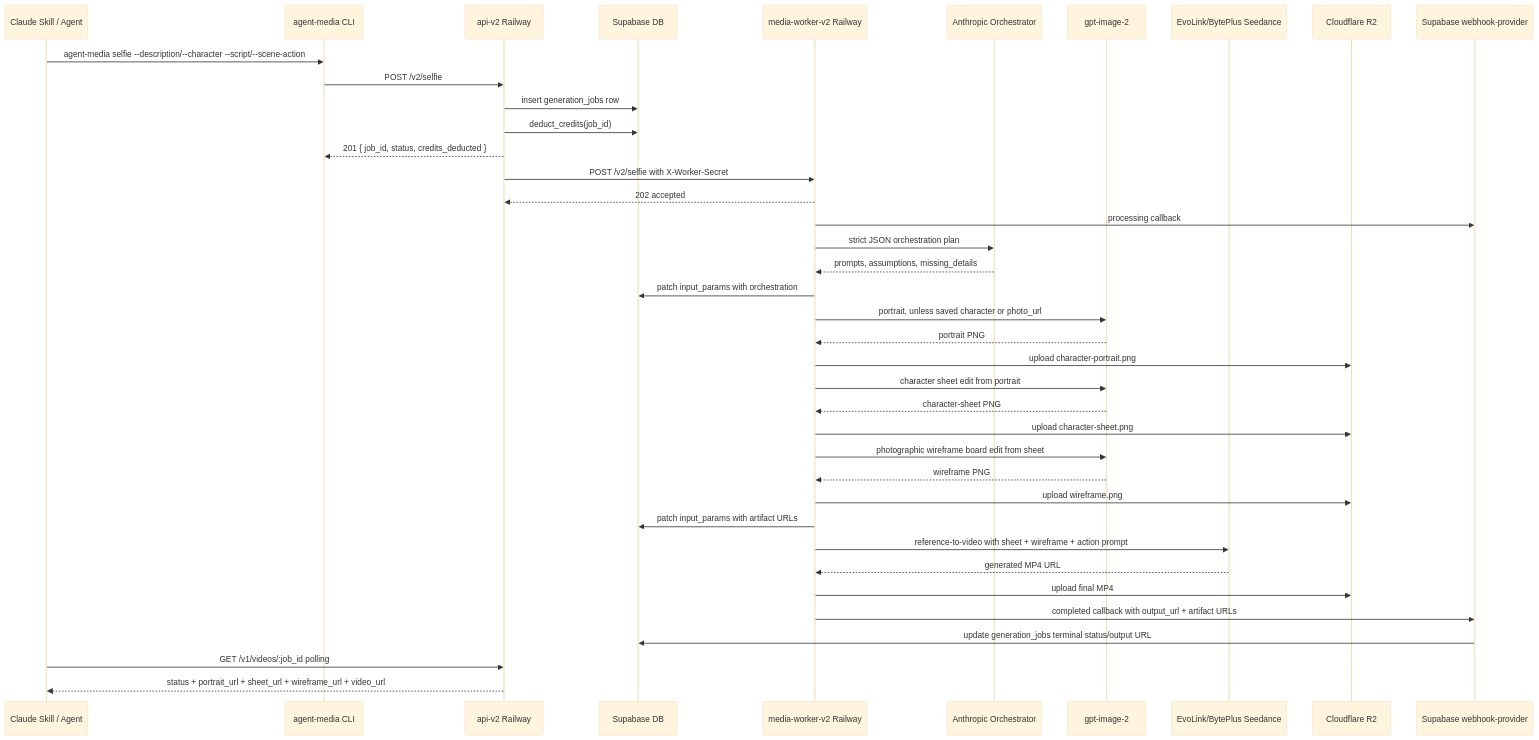
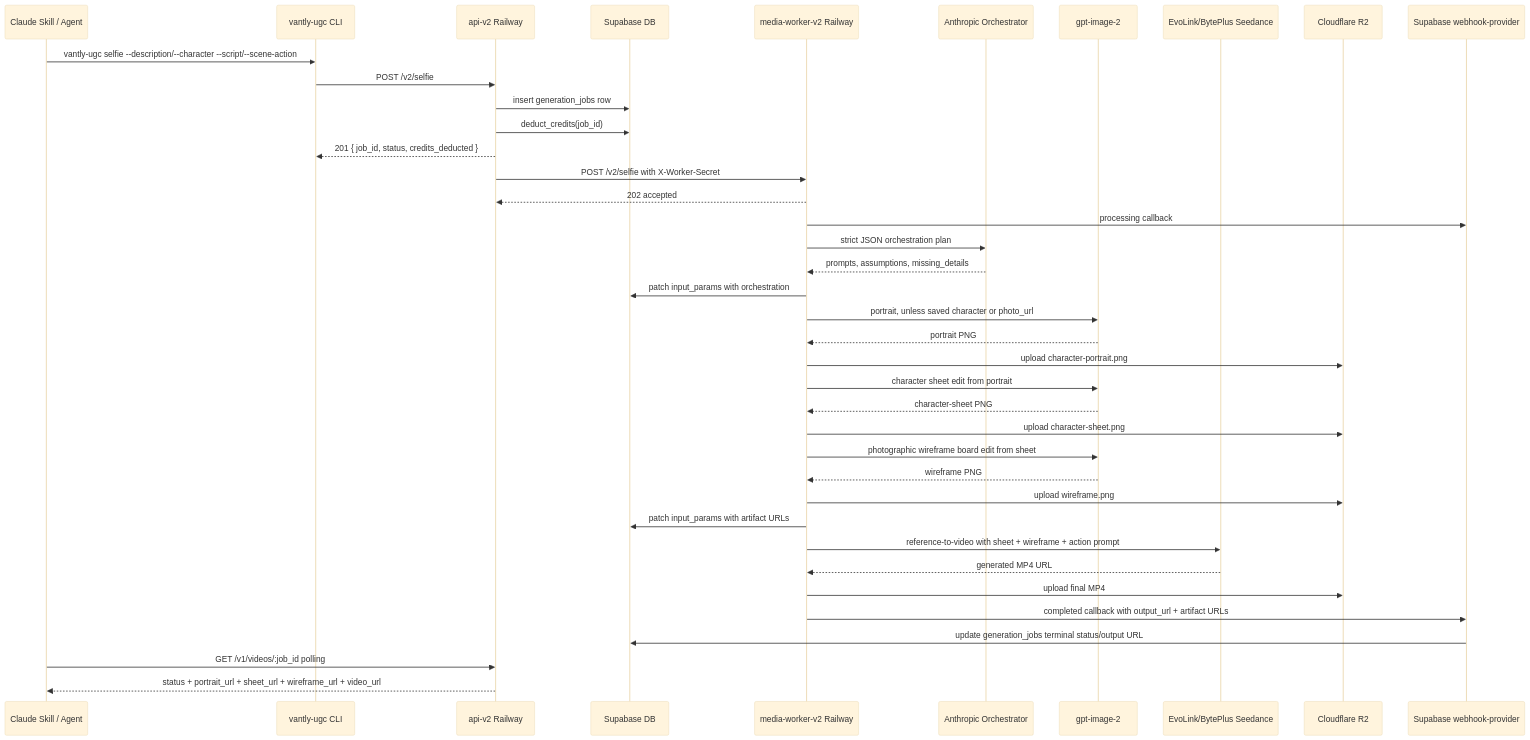
Before and after one commit to Sangwan70/vantly-ugc: the diagram in docs/selfie-production-architecture.md, drawn with Mermaid (base theme). The commit also changed other lines of this file and 674 other files, not shown here.

First line of the commit message:
Rebrand to Vantly UGC; add OpenRouter provider; fix self-hosting bugs

````diff
--- a/docs/selfie-production-architecture.md
+++ b/docs/selfie-production-architecture.md
@@ -20,42 +20,42 @@
 ```mermaid
 sequenceDiagram
   participant Skill as Claude Skill / Agent
-  participant CLI as agent-media CLI
+  participant CLI as vantly-ugc CLI
   participant API as api-v2 Railway
   participant DB as Supabase DB
   participant Worker as media-worker-v2 Railway
   participant Claude as Anthropic Orchestrator
   participant OpenAI as gpt-image-2
   participant Seedance as EvoLink/BytePlus Seedance
   participant R2 as Cloudflare R2
   participant Webhook as Supabase webhook-provider
 
-  Skill->>CLI: agent-media selfie --description/--character --script/--scene-action
+  Skill->>CLI: vantly-ugc selfie --description/--character --script/--scene-action
   CLI->>API: POST /v2/selfie
   API->>DB: insert generation_jobs row
   API->>DB: deduct_credits(job_id)
   API-->>CLI: 201 { job_id, status, credits_deducted }
   API->>Worker: POST /v2/selfie with X-Worker-Secret
   Worker-->>API: 202 accepted
   Worker->>Webhook: processing callback
   Worker->>Claude: strict JSON orchestration plan
   Claude-->>Worker: prompts, assumptions, missing_details
   Worker->>DB: patch input_params with orchestration
   Worker->>OpenAI: portrait, unless saved character or photo_url
   OpenAI-->>Worker: portrait PNG
   Worker->>R2: upload character-portrait.png
   Worker->>OpenAI: character sheet edit from portrait
   OpenAI-->>Worker: character-sheet PNG
   Worker->>R2: upload character-sheet.png
   Worker->>OpenAI: photographic wireframe board edit from sheet
   OpenAI-->>Worker: wireframe PNG
   Worker->>R2: upload wireframe.png
   Worker->>DB: patch input_params with artifact URLs
   Worker->>Seedance: reference-to-video with sheet + wireframe + action prompt
   Seedance-->>Worker: generated MP4 URL
   Worker->>R2: upload final MP4
   Worker->>Webhook: completed callback with output_url + artifact URLs
   Webhook->>DB: update generation_jobs terminal status/output URL
   Skill->>API: GET /v1/videos/:job_id polling
   API-->>Skill: status + portrait_url + sheet_url + wireframe_url + video_url
 ```
````
